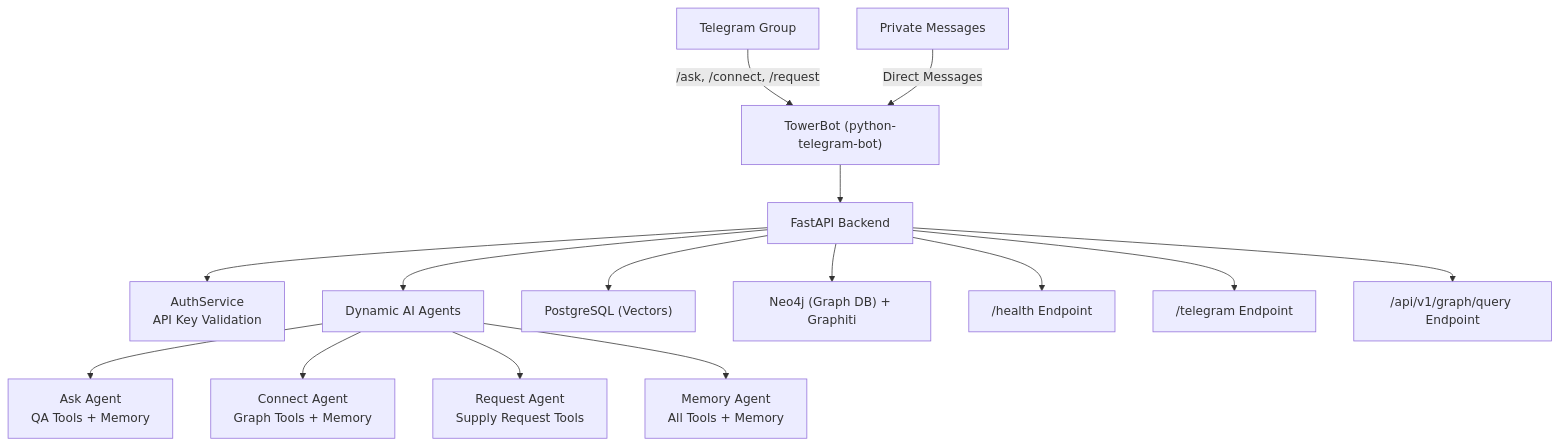
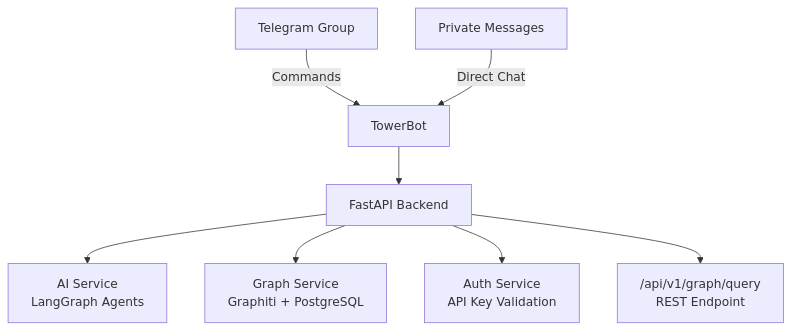
Before and after one commit to frontiertower/towerbot: the diagram in README.md, drawn with Mermaid. The commit also changed other lines of this file and 31 other files, not shown here.

````diff
--- a/README.md
+++ b/README.md
@@ -376,17 +117,10 @@
 ```mermaid
-graph TD;
-  TG["Telegram Group"] -->|/ask, /connect, /request| BOT["TowerBot (python-telegram-bot)"]
-  PM["Private Messages"] -->|Direct Messages| BOT
-  BOT --> API["FastAPI Backend"]
-  API --> AUTH["AuthService<br/>API Key Validation"]
-  API --> AI["Dynamic AI Agents"]
-  AI --> AG["Ask Agent<br/>QA Tools + Memory"]
-  AI --> CN["Connect Agent<br/>Graph Tools + Memory"]
-  AI --> RQ["Request Agent<br/>Supply Request Tools"]
-  AI --> MM["Memory Agent<br/>All Tools + Memory"]
-  API --> DB["PostgreSQL (Vectors)"]
-  API --> GRAPH["Neo4j (Graph DB) + Graphiti"]
-  API --> Health["/health Endpoint"]
-  API --> Webhook["/telegram Endpoint"]
-  API --> GraphAPI["/api/v1/graph/query Endpoint"]
+graph TD
+    TG[Telegram Group] -->|Commands| BOT[TowerBot]
+    PM[Private Messages] -->|Direct Chat| BOT
+    BOT --> API[FastAPI Backend]
+    API --> AI[AI Service<br/>LangGraph Agents]
+    API --> GRAPH[Graph Service<br/>Graphiti + PostgreSQL]
+    API --> AUTH[Auth Service<br/>API Key Validation]
+    API --> REST["/api/v1/graph/query<br/>REST Endpoint"]
 ```
````
